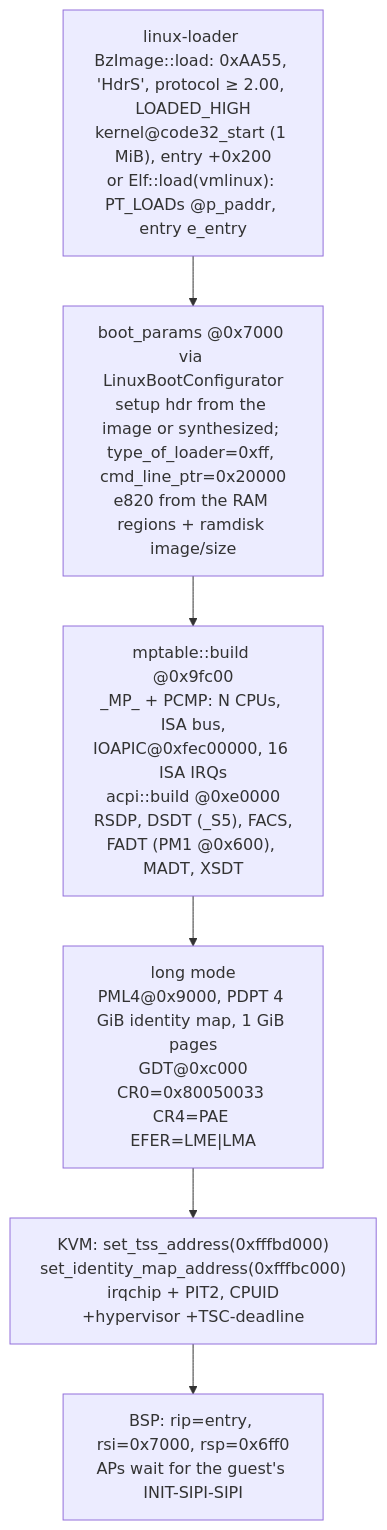
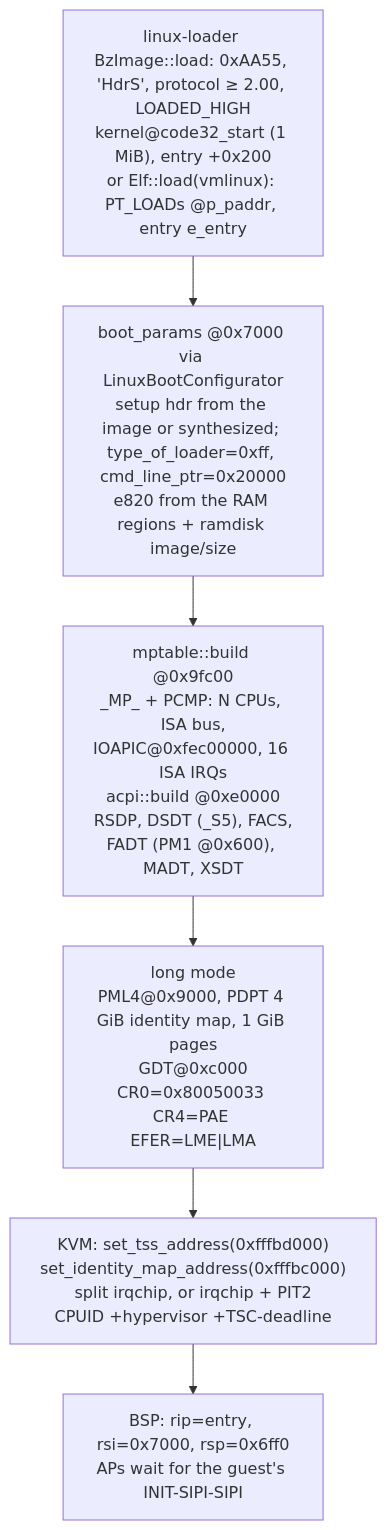
Before and after one commit to brig-sh/hvi-vmm: the third of 4 diagrams in docs/architecture.md, drawn with Mermaid. The commit also changed other lines of this file and 24 other files, not shown here.

````diff
--- a/docs/architecture.md
+++ b/docs/architecture.md
@@ -289,9 +291,9 @@
 ```mermaid
 flowchart TB
     A["linux-loader BzImage::load: 0xAA55, 'HdrS', protocol ≥ 2.00, LOADED_HIGH<br/>kernel@code32_start (1 MiB), entry +0x200<br/>or Elf::load(vmlinux): PT_LOADs @p_paddr, entry e_entry"] --> B
     B["boot_params @0x7000 via LinuxBootConfigurator<br/>setup hdr from the image or synthesized; type_of_loader=0xff, cmd_line_ptr=0x20000<br/>e820 from the RAM regions + ramdisk image/size"] --> C
     C["mptable::build @0x9fc00<br/>_MP_ + PCMP: N CPUs, ISA bus,<br/>IOAPIC@0xfec00000, 16 ISA IRQs<br/>acpi::build @0xe0000<br/>RSDP, DSDT (_S5), FACS,<br/>FADT (PM1 @0x600), MADT, XSDT"] --> D
     D["long mode<br/>PML4@0x9000, PDPT 4 GiB identity map, 1 GiB pages<br/>GDT@0xc000<br/>CR0=0x80050033 CR4=PAE EFER=LME|LMA"] --> E
-    E["KVM: set_tss_address(0xfffbd000)<br/>set_identity_map_address(0xfffbc000)<br/>irqchip + PIT2, CPUID<br/>+hypervisor +TSC-deadline"] --> F
+    E["KVM: set_tss_address(0xfffbd000)<br/>set_identity_map_address(0xfffbc000)<br/>split irqchip, or irqchip + PIT2<br/>CPUID +hypervisor +TSC-deadline"] --> F
     F["BSP: rip=entry, rsi=0x7000, rsp=0x6ff0<br/>APs wait for the guest's INIT-SIPI-SIPI"]
 ```
````
